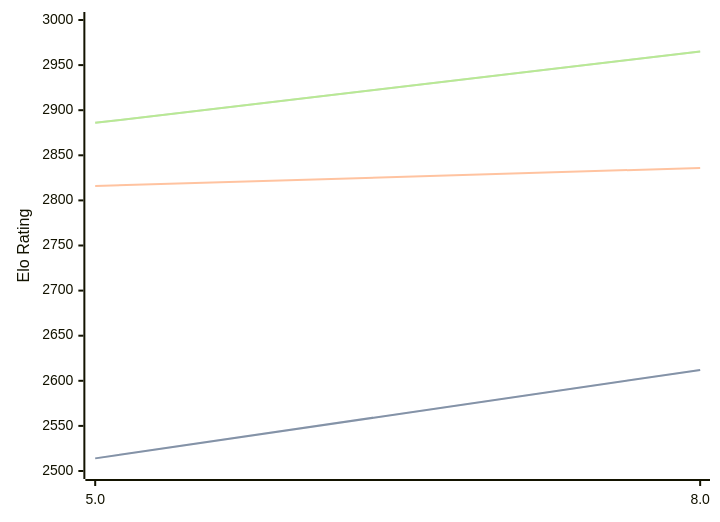
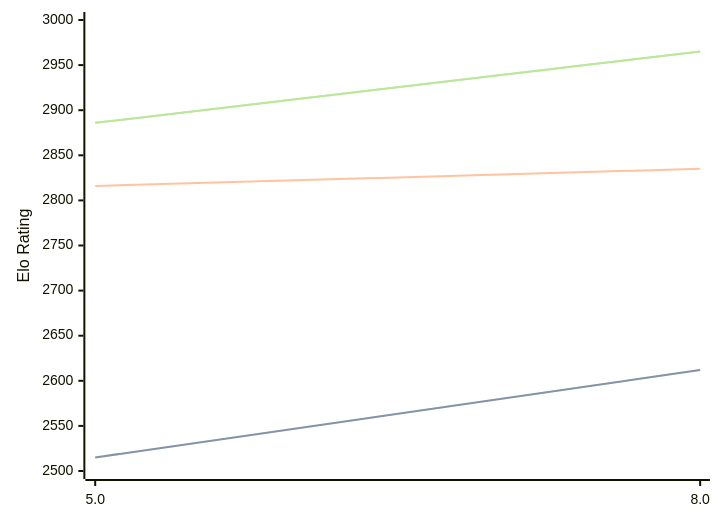
The diagram in engines/4kc.md (computer-chess-index/cci), drawn with Mermaid before and after one commit. The commit also changed other lines of this file, not shown here.

Commit message:
Update CCI Ratings (ELO VLTC) - 2026-04-09

````diff
--- a/engines/4kc.md
+++ b/engines/4kc.md
@@ -41,11 +41,11 @@
 ```mermaid
 %%{init: {"theme":"base","themeVariables":{"seriesColors:['#a3a3a3','#222221','#faa371']}}}%%
 xychart-beta
   x-axis ["5.0", "8.0"]
   y-axis "Elo Rating" 2500 --> 3000
-  line "STC (8.0+0.08s)" [2514, 2612]
-  line "STC (8.0+0.08s)" [2514, 2612]
-  line "LTC (60.0+0.60s)" [2816, 2836]
+  line "STC (8.0+0.08s)" [2515, 2612]
+  line "STC (8.0+0.08s)" [2515, 2612]
+  line "LTC (60.0+0.60s)" [2816, 2835]
   line "VLTC (2m24s+1.12s)" [2886, 2965]
   line "VLTC (2m24s+1.12s)" [2886, 2965]
 ```
````
